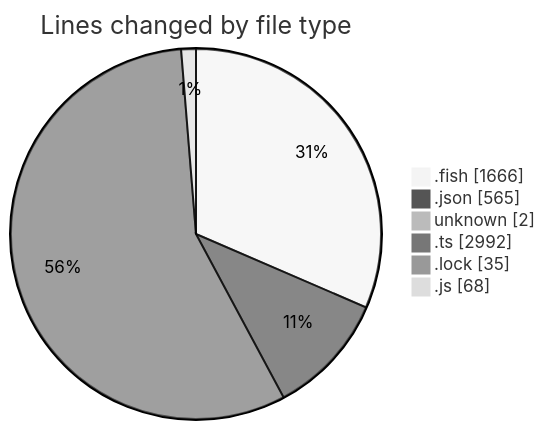
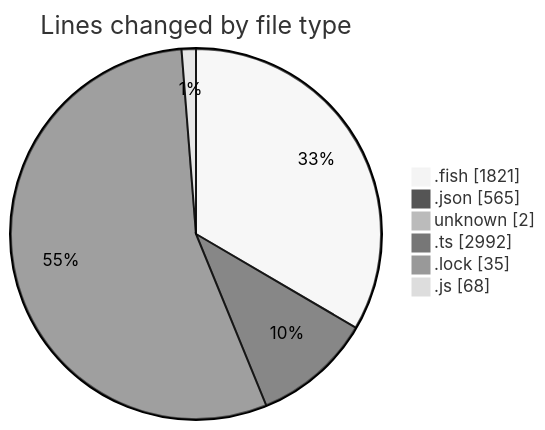
One commit to EIIisD/code-tracking changed the first of 2 diagrams in 2025-07-12/fish/README.md. Above: the diagram before and after it, drawn with Mermaid (neutral theme). The commit also changed other lines of this file and 1 other file, not shown here.

````diff
--- a/2025-07-12/fish/README.md
+++ b/2025-07-12/fish/README.md
@@ -140,10 +144,10 @@
 ```mermaid
 pie showData
 title Lines changed by file type
-".fish" : 1666
+".fish" : 1821
 ".json" : 565
 "unknown" : 2
 ".ts" : 2992
 ".lock" : 35
 ".js" : 68
 ```
````
